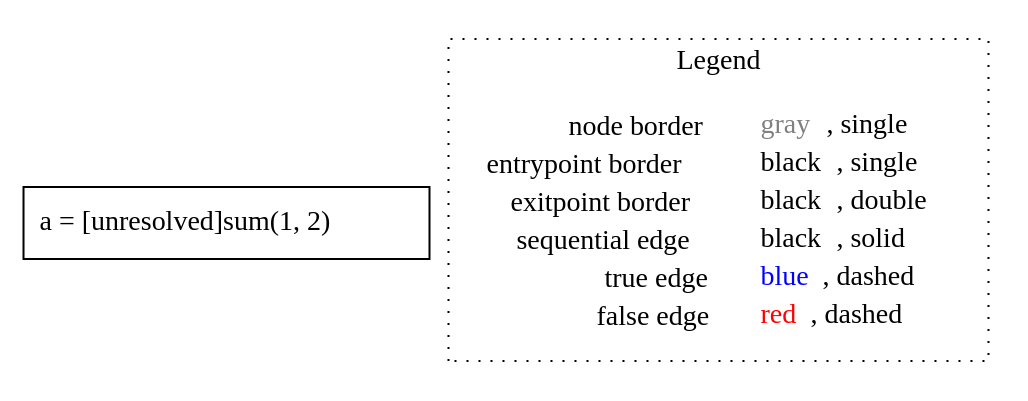
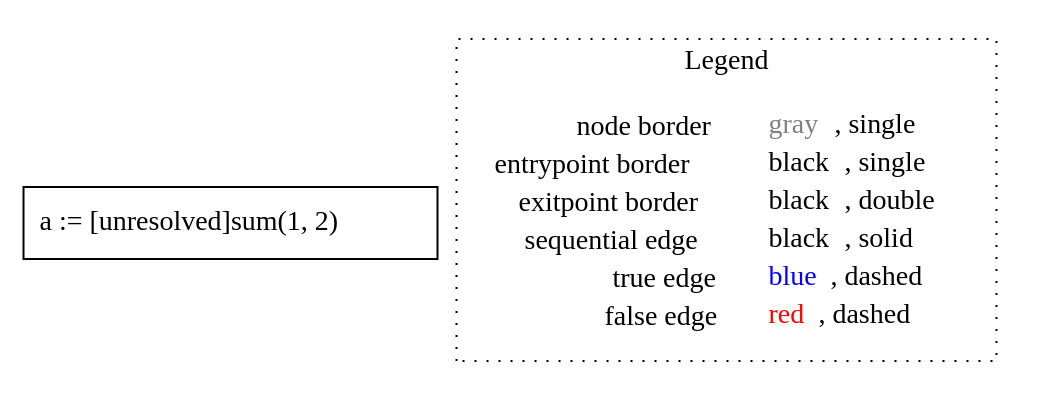
One commit to lisa-analyzer/go-lisa changed the diagram in go-lisa/go-testcases/cfg/tour/untyped_~LiSAProgram.main().dot. Above: the diagram before and after it, drawn with Graphviz. The commit also changed 9 other files, not shown here.

```diff
--- a/go-lisa/go-testcases/cfg/tour/untyped_~LiSAProgram.main().dot
+++ b/go-lisa/go-testcases/cfg/tour/untyped_~LiSAProgram.main().dot
@@ -1,10 +1,10 @@
 digraph {
-	"node0" [shape="rect",color="black",label=<a = [unresolved]sum(1, 2)>];
+	"node0" [shape="rect",color="black",label=<a := [unresolved]sum(1, 2)>];
 subgraph cluster_legend {
 	label="Legend";
 	style=dotted;
 	node [shape=plaintext];
 	"legend" [label=<<table border="0" cellpadding="2" cellspacing="0" cellborder="0"><tr><td align="right">node border&nbsp;</td><td align="left"><font color="gray">gray</font>, single</td></tr><tr><td align="right">entrypoint border&nbsp;</td><td align="left"><font color="black">black</font>, single</td></tr><tr><td align="right">exitpoint border&nbsp;</td><td align="left"><font color="black">black</font>, double</td></tr><tr><td align="right">sequential edge&nbsp;</td><td align="left"><font color="black">black</font>, solid</td></tr><tr><td align="right">true edge&nbsp;</td><td align="left"><font color="blue">blue</font>, dashed</td></tr><tr><td align="right">false edge&nbsp;</td><td align="left"><font color="red">red</font>, dashed</td></tr></table>>];
 }
 
 }
```
